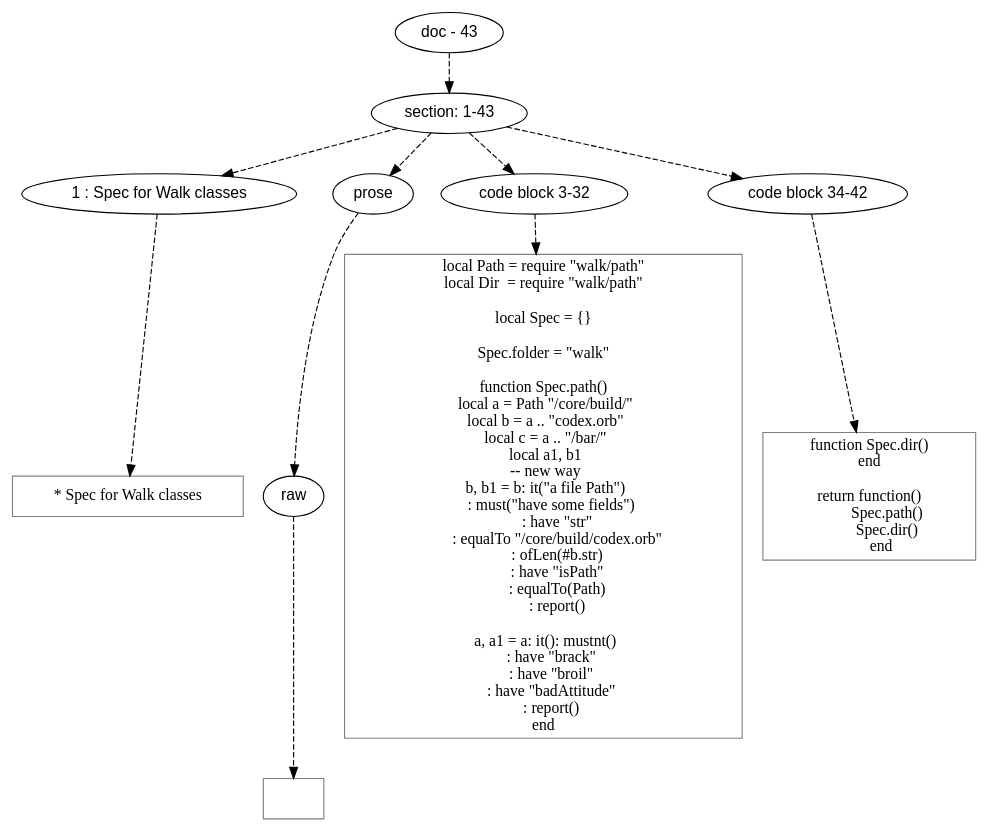
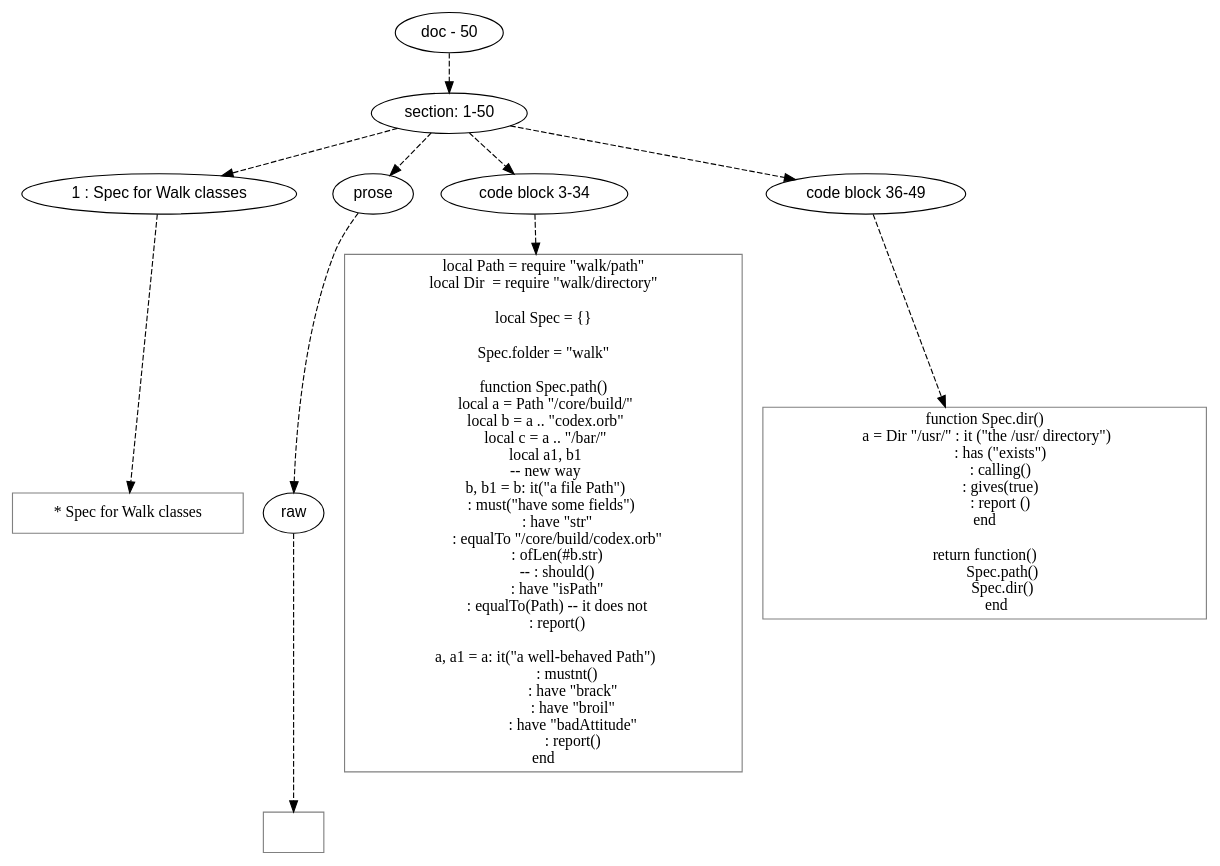
The diagram in doc/dot/spec/walk-spec.dot (mnemnion/orb), drawn with Graphviz before and after one commit. The commit also changed 4 other files, not shown here.

```diff
--- a/doc/dot/spec/walk-spec.dot
+++ b/doc/dot/spec/walk-spec.dot
@@ -1,90 +1,97 @@
 digraph lpegNode {
 
 node [fontname=Helvetica]
 edge [style=dashed]
 
-doc_0 [label="doc - 43"]
+doc_0 [label="doc - 50"]
 
 
 doc_0 -> { section_1}
 {rank=same; section_1}
 
-section_1 [label="section: 1-43"]
+section_1 [label="section: 1-50"]
 
 
 // END RANK doc_0
 
 section_1 -> { header_2 prose_3 codeblock_4 codeblock_5}
 {rank=same; header_2 prose_3 codeblock_4 codeblock_5}
 
 header_2 [label="1 : Spec for Walk classes"]
 
 prose_3 [label="prose"]
 
-codeblock_4 [label="code block 3-32"]
+codeblock_4 [label="code block 3-34"]
 
-codeblock_5 [label="code block 34-42"]
+codeblock_5 [label="code block 36-49"]
 
 
 // END RANK section_1
 
 header_2 -> leaf_6
 leaf_6  [color=Gray,shape=rectangle,fontname=Inconsolata,label="* Spec for Walk classes"]
 // END RANK header_2
 
 prose_3 -> { raw_7}
 {rank=same; raw_7}
 
 raw_7 [label="raw"]
 
 
 // END RANK prose_3
 
 raw_7 -> leaf_8
 leaf_8  [color=Gray,shape=rectangle,fontname=Inconsolata,label="
 "]
 // END RANK raw_7
 
 codeblock_4 -> leaf_9
 leaf_9  [color=Gray,shape=rectangle,fontname=Inconsolata,label="local Path = require \"walk/path\"
-local Dir  = require \"walk/path\"
+local Dir  = require \"walk/directory\"
 
 local Spec = {}
 
 Spec.folder = \"walk\"
 
 function Spec.path()
   local a = Path \"/core/build/\"
   local b = a .. \"codex.orb\"
   local c = a .. \"/bar/\"
   local a1, b1
   -- new way
   b, b1 = b: it(\"a file Path\")
      : must(\"have some fields\")
         : have \"str\"
         : equalTo \"/core/build/codex.orb\"
         : ofLen(#b.str)
+        -- : should()
         : have \"isPath\"
-        : equalTo(Path)
+        : equalTo(Path) -- it does not
         : report()
 
-  a, a1 = a: it(): mustnt()
-     : have \"brack\"
-     : have \"broil\"
-     : have \"badAttitude\"
-     : report()
+  a, a1 = a: it(\"a well-behaved Path\")
+             : mustnt()
+                : have \"brack\"
+                : have \"broil\"
+                : have \"badAttitude\"
+                : report()
 end"]
 // END RANK codeblock_4
 
 codeblock_5 -> leaf_10
 leaf_10  [color=Gray,shape=rectangle,fontname=Inconsolata,label="function Spec.dir()
+  a = Dir \"/usr/\" : it (\"the /usr/ directory\")
+         : has (\"exists\")
+         : calling()
+         : gives(true)
+         : report ()
 end
 
 return function()
           Spec.path()
           Spec.dir()
        end"]
 // END RANK codeblock_5
 
 
 }
```
